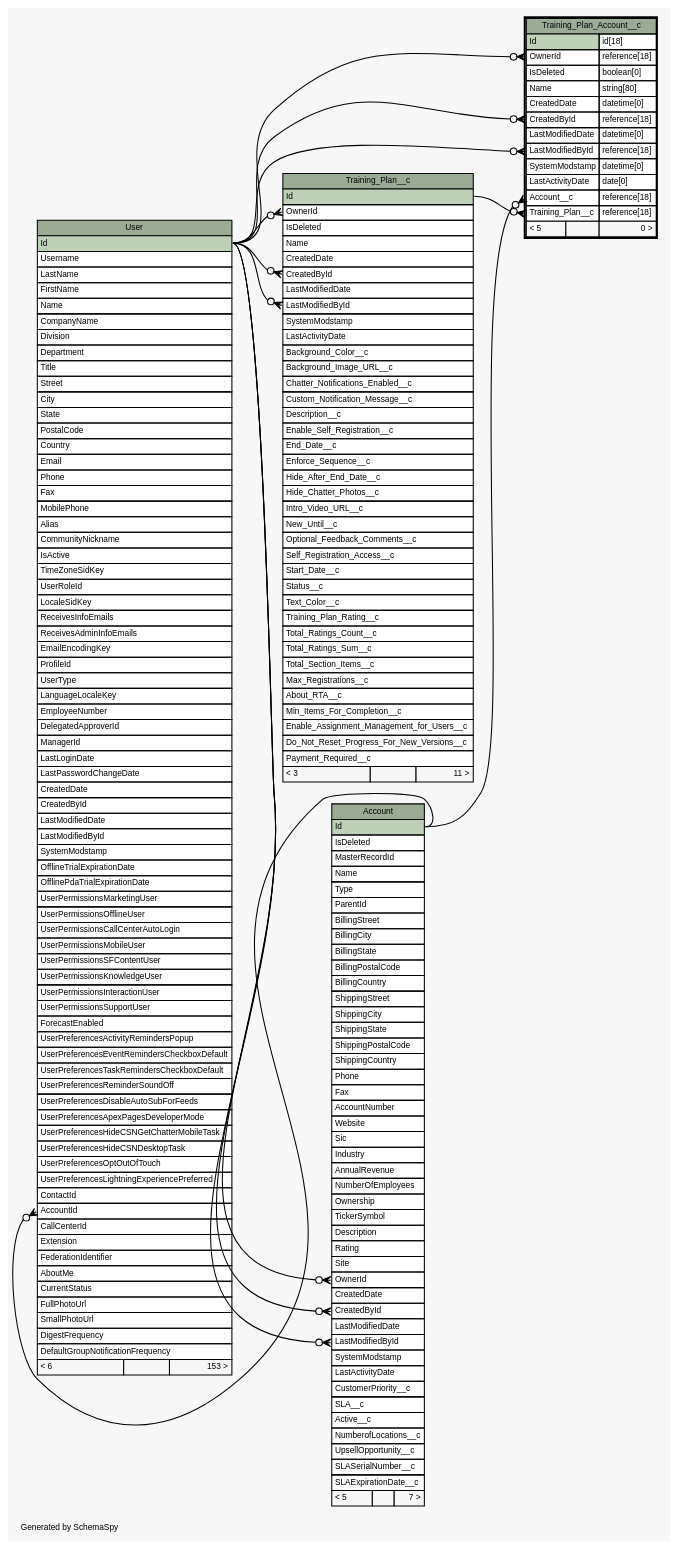
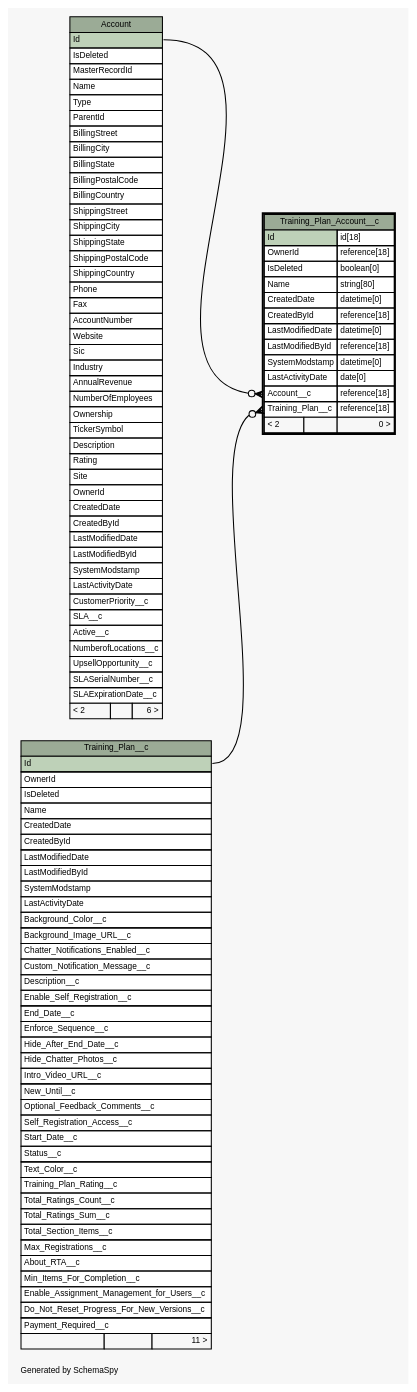
Before and after one commit to ScormAnywhere/learntrac.github.io: the diagram in diagrams/Training_Plan_Account__c.1degree.dot, drawn with Graphviz. The commit also changed 289 other files, not shown here.

```diff
--- a/diagrams/Training_Plan_Account__c.1degree.dot
+++ b/diagrams/Training_Plan_Account__c.1degree.dot
@@ -19,18 +19,8 @@
   edge [
     arrowsize="0.8"
   ];
-  "Account":"CreatedById":w -> "User":"Id":e [arrowhead=none dir=back arrowtail=crowodot];
-  "Account":"LastModifiedById":w -> "User":"Id":e [arrowhead=none dir=back arrowtail=crowodot];
-  "Account":"OwnerId":w -> "User":"Id":e [arrowhead=none dir=back arrowtail=crowodot];
-  "Training_Plan__c":"CreatedById":w -> "User":"Id":e [arrowhead=none dir=back arrowtail=crowodot];
-  "Training_Plan__c":"LastModifiedById":w -> "User":"Id":e [arrowhead=none dir=back arrowtail=crowodot];
-  "Training_Plan__c":"OwnerId":w -> "User":"Id":e [arrowhead=none dir=back arrowtail=crowodot];
   "Training_Plan_Account__c":"Account__c":w -> "Account":"Id":e [arrowhead=none dir=back arrowtail=crowodot];
-  "Training_Plan_Account__c":"CreatedById":w -> "User":"Id":e [arrowhead=none dir=back arrowtail=crowodot];
-  "Training_Plan_Account__c":"LastModifiedById":w -> "User":"Id":e [arrowhead=none dir=back arrowtail=crowodot];
-  "Training_Plan_Account__c":"OwnerId":w -> "User":"Id":e [arrowhead=none dir=back arrowtail=crowodot];
   "Training_Plan_Account__c":"Training_Plan__c":w -> "Training_Plan__c":"Id":e [arrowhead=none dir=back arrowtail=crowodot];
-  "User":"AccountId":w -> "Account":"Id":e [arrowhead=none dir=back arrowtail=crowodot];
   "Account" [
     label=<
     <TABLE BORDER="0" CELLBORDER="1" CELLSPACING="0" BGCOLOR="#ffffff">
@@ -78,7 +68,7 @@
       <TR><TD PORT="UpsellOpportunity__c" COLSPAN="3" ALIGN="LEFT">UpsellOpportunity__c</TD></TR>
       <TR><TD PORT="SLASerialNumber__c" COLSPAN="3" ALIGN="LEFT">SLASerialNumber__c</TD></TR>
       <TR><TD PORT="SLAExpirationDate__c" COLSPAN="3" ALIGN="LEFT">SLAExpirationDate__c</TD></TR>
-      <TR><TD ALIGN="LEFT" BGCOLOR="#f7f7f7">&lt; 5</TD><TD ALIGN="RIGHT" BGCOLOR="#f7f7f7">  </TD><TD ALIGN="RIGHT" BGCOLOR="#f7f7f7">7 &gt;</TD></TR>
+      <TR><TD ALIGN="LEFT" BGCOLOR="#f7f7f7">&lt; 2</TD><TD ALIGN="RIGHT" BGCOLOR="#f7f7f7">  </TD><TD ALIGN="RIGHT" BGCOLOR="#f7f7f7">6 &gt;</TD></TR>
     </TABLE>>
     URL="Account.html"
     tooltip="Account"
@@ -124,7 +114,7 @@
       <TR><TD PORT="Enable_Assignment_Management_for_Users__c" COLSPAN="3" ALIGN="LEFT">Enable_Assignment_Management_for_Users__c</TD></TR>
       <TR><TD PORT="Do_Not_Reset_Progress_For_New_Versions__c" COLSPAN="3" ALIGN="LEFT">Do_Not_Reset_Progress_For_New_Versions__c</TD></TR>
       <TR><TD PORT="Payment_Required__c" COLSPAN="3" ALIGN="LEFT">Payment_Required__c</TD></TR>
-      <TR><TD ALIGN="LEFT" BGCOLOR="#f7f7f7">&lt; 3</TD><TD ALIGN="RIGHT" BGCOLOR="#f7f7f7">  </TD><TD ALIGN="RIGHT" BGCOLOR="#f7f7f7">11 &gt;</TD></TR>
+      <TR><TD ALIGN="LEFT" BGCOLOR="#f7f7f7">  </TD><TD ALIGN="RIGHT" BGCOLOR="#f7f7f7">  </TD><TD ALIGN="RIGHT" BGCOLOR="#f7f7f7">11 &gt;</TD></TR>
     </TABLE>>
     URL="Training_Plan__c.html"
     tooltip="Training_Plan__c"
@@ -145,90 +135,9 @@
       <TR><TD PORT="LastActivityDate" COLSPAN="2" ALIGN="LEFT">LastActivityDate</TD><TD PORT="LastActivityDate.type" ALIGN="LEFT">date[0]</TD></TR>
       <TR><TD PORT="Account__c" COLSPAN="2" ALIGN="LEFT">Account__c</TD><TD PORT="Account__c.type" ALIGN="LEFT">reference[18]</TD></TR>
       <TR><TD PORT="Training_Plan__c" COLSPAN="2" ALIGN="LEFT">Training_Plan__c</TD><TD PORT="Training_Plan__c.type" ALIGN="LEFT">reference[18]</TD></TR>
-      <TR><TD ALIGN="LEFT" BGCOLOR="#f7f7f7">&lt; 5</TD><TD ALIGN="RIGHT" BGCOLOR="#f7f7f7">  </TD><TD ALIGN="RIGHT" BGCOLOR="#f7f7f7">0 &gt;</TD></TR>
+      <TR><TD ALIGN="LEFT" BGCOLOR="#f7f7f7">&lt; 2</TD><TD ALIGN="RIGHT" BGCOLOR="#f7f7f7">  </TD><TD ALIGN="RIGHT" BGCOLOR="#f7f7f7">0 &gt;</TD></TR>
     </TABLE>>
     URL="Training_Plan_Account__c.html"
     tooltip="Training_Plan_Account__c"
   ];
-  "User" [
-    label=<
-    <TABLE BORDER="0" CELLBORDER="1" CELLSPACING="0" BGCOLOR="#ffffff">
-      <TR><TD COLSPAN="3" BGCOLOR="#9bab96" ALIGN="CENTER">User</TD></TR>
-      <TR><TD PORT="Id" COLSPAN="3" BGCOLOR="#bed1b8" ALIGN="LEFT">Id</TD></TR>
-      <TR><TD PORT="Username" COLSPAN="3" ALIGN="LEFT">Username</TD></TR>
-      <TR><TD PORT="LastName" COLSPAN="3" ALIGN="LEFT">LastName</TD></TR>
-      <TR><TD PORT="FirstName" COLSPAN="3" ALIGN="LEFT">FirstName</TD></TR>
-      <TR><TD PORT="Name" COLSPAN="3" ALIGN="LEFT">Name</TD></TR>
-      <TR><TD PORT="CompanyName" COLSPAN="3" ALIGN="LEFT">CompanyName</TD></TR>
-      <TR><TD PORT="Division" COLSPAN="3" ALIGN="LEFT">Division</TD></TR>
-      <TR><TD PORT="Department" COLSPAN="3" ALIGN="LEFT">Department</TD></TR>
-      <TR><TD PORT="Title" COLSPAN="3" ALIGN="LEFT">Title</TD></TR>
-      <TR><TD PORT="Street" COLSPAN="3" ALIGN="LEFT">Street</TD></TR>
-      <TR><TD PORT="City" COLSPAN="3" ALIGN="LEFT">City</TD></TR>
-      <TR><TD PORT="State" COLSPAN="3" ALIGN="LEFT">State</TD></TR>
-      <TR><TD PORT="PostalCode" COLSPAN="3" ALIGN="LEFT">PostalCode</TD></TR>
-      <TR><TD PORT="Country" COLSPAN="3" ALIGN="LEFT">Country</TD></TR>
-      <TR><TD PORT="Email" COLSPAN="3" ALIGN="LEFT">Email</TD></TR>
-      <TR><TD PORT="Phone" COLSPAN="3" ALIGN="LEFT">Phone</TD></TR>
-      <TR><TD PORT="Fax" COLSPAN="3" ALIGN="LEFT">Fax</TD></TR>
-      <TR><TD PORT="MobilePhone" COLSPAN="3" ALIGN="LEFT">MobilePhone</TD></TR>
-      <TR><TD PORT="Alias" COLSPAN="3" ALIGN="LEFT">Alias</TD></TR>
-      <TR><TD PORT="CommunityNickname" COLSPAN="3" ALIGN="LEFT">CommunityNickname</TD></TR>
-      <TR><TD PORT="IsActive" COLSPAN="3" ALIGN="LEFT">IsActive</TD></TR>
-      <TR><TD PORT="TimeZoneSidKey" COLSPAN="3" ALIGN="LEFT">TimeZoneSidKey</TD></TR>
-      <TR><TD PORT="UserRoleId" COLSPAN="3" ALIGN="LEFT">UserRoleId</TD></TR>
-      <TR><TD PORT="LocaleSidKey" COLSPAN="3" ALIGN="LEFT">LocaleSidKey</TD></TR>
-      <TR><TD PORT="ReceivesInfoEmails" COLSPAN="3" ALIGN="LEFT">ReceivesInfoEmails</TD></TR>
-      <TR><TD PORT="ReceivesAdminInfoEmails" COLSPAN="3" ALIGN="LEFT">ReceivesAdminInfoEmails</TD></TR>
-      <TR><TD PORT="EmailEncodingKey" COLSPAN="3" ALIGN="LEFT">EmailEncodingKey</TD></TR>
-      <TR><TD PORT="ProfileId" COLSPAN="3" ALIGN="LEFT">ProfileId</TD></TR>
-      <TR><TD PORT="UserType" COLSPAN="3" ALIGN="LEFT">UserType</TD></TR>
-      <TR><TD PORT="LanguageLocaleKey" COLSPAN="3" ALIGN="LEFT">LanguageLocaleKey</TD></TR>
-      <TR><TD PORT="EmployeeNumber" COLSPAN="3" ALIGN="LEFT">EmployeeNumber</TD></TR>
-      <TR><TD PORT="DelegatedApproverId" COLSPAN="3" ALIGN="LEFT">DelegatedApproverId</TD></TR>
-      <TR><TD PORT="ManagerId" COLSPAN="3" ALIGN="LEFT">ManagerId</TD></TR>
-      <TR><TD PORT="LastLoginDate" COLSPAN="3" ALIGN="LEFT">LastLoginDate</TD></TR>
-      <TR><TD PORT="LastPasswordChangeDate" COLSPAN="3" ALIGN="LEFT">LastPasswordChangeDate</TD></TR>
-      <TR><TD PORT="CreatedDate" COLSPAN="3" ALIGN="LEFT">CreatedDate</TD></TR>
-      <TR><TD PORT="CreatedById" COLSPAN="3" ALIGN="LEFT">CreatedById</TD></TR>
-      <TR><TD PORT="LastModifiedDate" COLSPAN="3" ALIGN="LEFT">LastModifiedDate</TD></TR>
-      <TR><TD PORT="LastModifiedById" COLSPAN="3" ALIGN="LEFT">LastModifiedById</TD></TR>
-      <TR><TD PORT="SystemModstamp" COLSPAN="3" ALIGN="LEFT">SystemModstamp</TD></TR>
-      <TR><TD PORT="OfflineTrialExpirationDate" COLSPAN="3" ALIGN="LEFT">OfflineTrialExpirationDate</TD></TR>
-      <TR><TD PORT="OfflinePdaTrialExpirationDate" COLSPAN="3" ALIGN="LEFT">OfflinePdaTrialExpirationDate</TD></TR>
-      <TR><TD PORT="UserPermissionsMarketingUser" COLSPAN="3" ALIGN="LEFT">UserPermissionsMarketingUser</TD></TR>
-      <TR><TD PORT="UserPermissionsOfflineUser" COLSPAN="3" ALIGN="LEFT">UserPermissionsOfflineUser</TD></TR>
-      <TR><TD PORT="UserPermissionsCallCenterAutoLogin" COLSPAN="3" ALIGN="LEFT">UserPermissionsCallCenterAutoLogin</TD></TR>
-      <TR><TD PORT="UserPermissionsMobileUser" COLSPAN="3" ALIGN="LEFT">UserPermissionsMobileUser</TD></TR>
-      <TR><TD PORT="UserPermissionsSFContentUser" COLSPAN="3" ALIGN="LEFT">UserPermissionsSFContentUser</TD></TR>
-      <TR><TD PORT="UserPermissionsKnowledgeUser" COLSPAN="3" ALIGN="LEFT">UserPermissionsKnowledgeUser</TD></TR>
-      <TR><TD PORT="UserPermissionsInteractionUser" COLSPAN="3" ALIGN="LEFT">UserPermissionsInteractionUser</TD></TR>
-      <TR><TD PORT="UserPermissionsSupportUser" COLSPAN="3" ALIGN="LEFT">UserPermissionsSupportUser</TD></TR>
-      <TR><TD PORT="ForecastEnabled" COLSPAN="3" ALIGN="LEFT">ForecastEnabled</TD></TR>
-      <TR><TD PORT="UserPreferencesActivityRemindersPopup" COLSPAN="3" ALIGN="LEFT">UserPreferencesActivityRemindersPopup</TD></TR>
-      <TR><TD PORT="UserPreferencesEventRemindersCheckboxDefault" COLSPAN="3" ALIGN="LEFT">UserPreferencesEventRemindersCheckboxDefault</TD></TR>
-      <TR><TD PORT="UserPreferencesTaskRemindersCheckboxDefault" COLSPAN="3" ALIGN="LEFT">UserPreferencesTaskRemindersCheckboxDefault</TD></TR>
-      <TR><TD PORT="UserPreferencesReminderSoundOff" COLSPAN="3" ALIGN="LEFT">UserPreferencesReminderSoundOff</TD></TR>
-      <TR><TD PORT="UserPreferencesDisableAutoSubForFeeds" COLSPAN="3" ALIGN="LEFT">UserPreferencesDisableAutoSubForFeeds</TD></TR>
-      <TR><TD PORT="UserPreferencesApexPagesDeveloperMode" COLSPAN="3" ALIGN="LEFT">UserPreferencesApexPagesDeveloperMode</TD></TR>
-      <TR><TD PORT="UserPreferencesHideCSNGetChatterMobileTask" COLSPAN="3" ALIGN="LEFT">UserPreferencesHideCSNGetChatterMobileTask</TD></TR>
-      <TR><TD PORT="UserPreferencesHideCSNDesktopTask" COLSPAN="3" ALIGN="LEFT">UserPreferencesHideCSNDesktopTask</TD></TR>
-      <TR><TD PORT="UserPreferencesOptOutOfTouch" COLSPAN="3" ALIGN="LEFT">UserPreferencesOptOutOfTouch</TD></TR>
-      <TR><TD PORT="UserPreferencesLightningExperiencePreferred" COLSPAN="3" ALIGN="LEFT">UserPreferencesLightningExperiencePreferred</TD></TR>
-      <TR><TD PORT="ContactId" COLSPAN="3" ALIGN="LEFT">ContactId</TD></TR>
-      <TR><TD PORT="AccountId" COLSPAN="3" ALIGN="LEFT">AccountId</TD></TR>
-      <TR><TD PORT="CallCenterId" COLSPAN="3" ALIGN="LEFT">CallCenterId</TD></TR>
-      <TR><TD PORT="Extension" COLSPAN="3" ALIGN="LEFT">Extension</TD></TR>
-      <TR><TD PORT="FederationIdentifier" COLSPAN="3" ALIGN="LEFT">FederationIdentifier</TD></TR>
-      <TR><TD PORT="AboutMe" COLSPAN="3" ALIGN="LEFT">AboutMe</TD></TR>
-      <TR><TD PORT="CurrentStatus" COLSPAN="3" ALIGN="LEFT">CurrentStatus</TD></TR>
-      <TR><TD PORT="FullPhotoUrl" COLSPAN="3" ALIGN="LEFT">FullPhotoUrl</TD></TR>
-      <TR><TD PORT="SmallPhotoUrl" COLSPAN="3" ALIGN="LEFT">SmallPhotoUrl</TD></TR>
-      <TR><TD PORT="DigestFrequency" COLSPAN="3" ALIGN="LEFT">DigestFrequency</TD></TR>
-      <TR><TD PORT="DefaultGroupNotificationFrequency" COLSPAN="3" ALIGN="LEFT">DefaultGroupNotificationFrequency</TD></TR>
-      <TR><TD ALIGN="LEFT" BGCOLOR="#f7f7f7">&lt; 6</TD><TD ALIGN="RIGHT" BGCOLOR="#f7f7f7">  </TD><TD ALIGN="RIGHT" BGCOLOR="#f7f7f7">153 &gt;</TD></TR>
-    </TABLE>>
-    URL="User.html"
-    tooltip="User"
-  ];
 }
```
